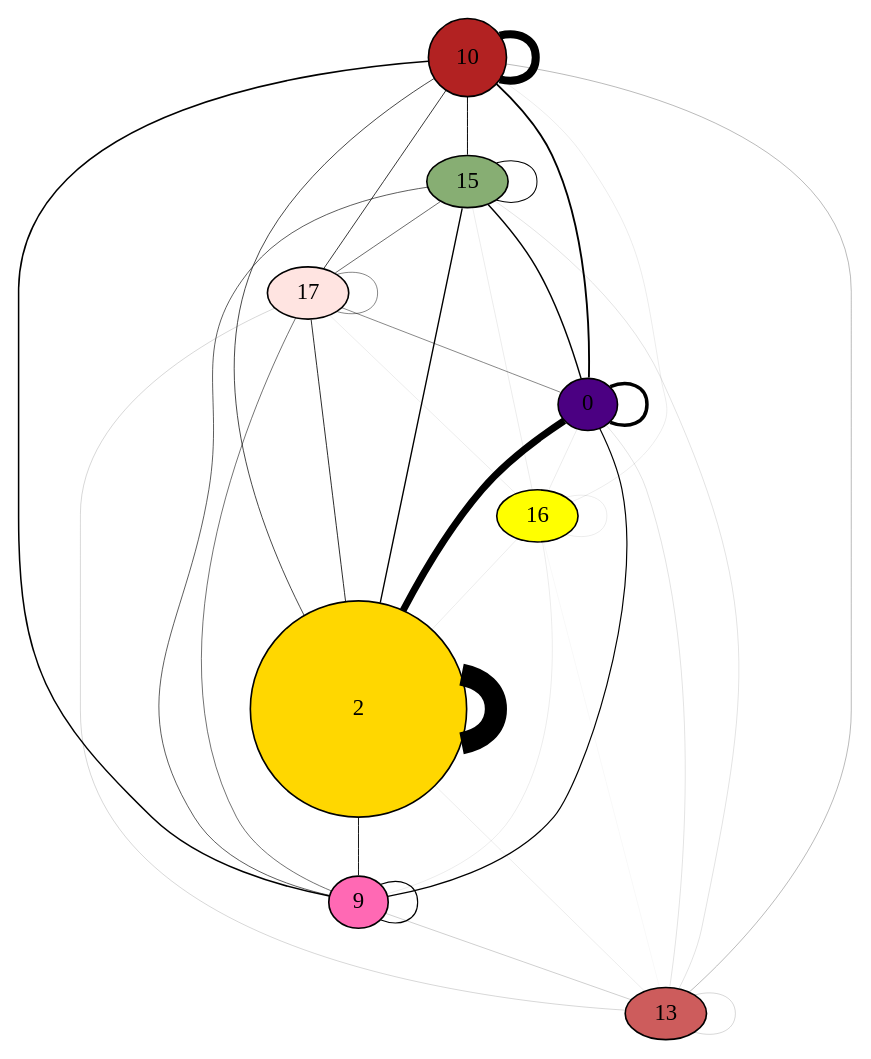
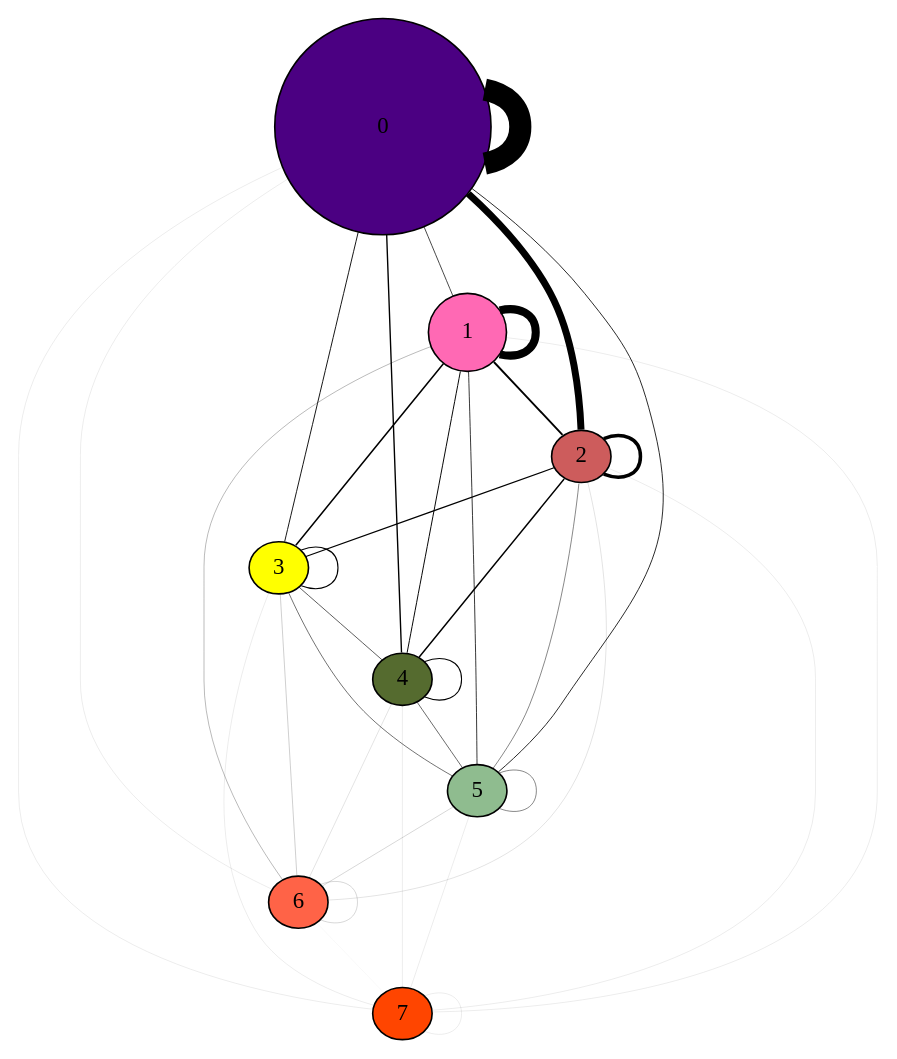
Before and after one commit to addulac/network: the diagram in img/M_g_peaks/graph.dot, drawn with Graphviz. The commit also changed 60 other files, not shown here.

```diff
--- a/img/M_g_peaks/graph.dot
+++ b/img/M_g_peaks/graph.dot
@@ -1,70 +1,70 @@
 graph  {
 	0	 [fillcolor="#4B0082",
+		height=1.8416471884,
+		style=filled,
+		width=1.8416471884];
+	0 -- 0	 [penwidth=13.6080343895];
+	1	 [fillcolor="#FF69B4",
+		height=0.661841958332,
+		style=filled,
+		width=0.661841958332];
+	0 -- 1	 [penwidth=0.435070371246];
+	2	 [fillcolor="#CD5C5C",
 		height=0.370887280998,
 		style=filled,
 		width=0.370887280998];
-	0 -- 0	 [penwidth=2.15118128005];
-	2	 [fillcolor="#FFD700",
-		height=1.8416471884,
-		style=filled,
-		width=1.8416471884];
 	0 -- 2	 [penwidth=4.27819198392];
-	9	 [fillcolor="#FF69B4",
+	3	 [fillcolor="#FFFF00",
 		height=0.121497557568,
 		style=filled,
 		width=0.121497557568];
-	0 -- 9	 [penwidth=0.72511728541];
-	16	 [fillcolor="#FFFF00",
+	0 -- 3	 [penwidth=0.555923252148];
+	4	 [fillcolor="#556B2F",
+		height=0.118300253422,
+		style=filled,
+		width=0.118300253422];
+	0 -- 4	 [penwidth=0.845970166312];
+	5	 [fillcolor="#8FBC8F",
+		height=0.0607487787841,
+		style=filled,
+		width=0.0607487787841];
+	0 -- 5	 [penwidth=0.507582099787];
+	6	 [fillcolor="#FF6347",
+		height=0.0159865207327,
+		style=filled,
+		width=0.0159865207327];
+	0 -- 6	 [penwidth=0.0483411523607];
+	7	 [fillcolor="#FF4500",
 		height=0.00639460829306,
 		style=filled,
 		width=0.00639460829306];
-	0 -- 16	 [penwidth=0.0483411523607];
-	13	 [fillcolor="#CD5C5C",
-		height=0.0159865207327,
-		style=filled,
-		width=0.0159865207327];
-	0 -- 13	 [penwidth=0.072511728541];
-	10	 [fillcolor="#B22222",
-		height=0.661841958332,
-		style=filled,
-		width=0.661841958332];
-	10 -- 0	 [penwidth=1.16018765666];
-	10 -- 10	 [penwidth=4.93079754079];
-	10 -- 2	 [penwidth=0.435070371246];
-	15	 [fillcolor="#87AE73",
-		height=0.118300253422,
-		style=filled,
-		width=0.118300253422];
-	10 -- 15	 [penwidth=0.604264404509];
-	17	 [fillcolor="#FFE4E1",
-		height=0.0607487787841,
-		style=filled,
-		width=0.0607487787841];
-	10 -- 17	 [penwidth=0.483411523607];
-	10 -- 9	 [penwidth=0.942652471034];
-	10 -- 16	 [penwidth=0.0483411523607];
-	10 -- 13	 [penwidth=0.169194033262];
-	2 -- 2	 [penwidth=13.6080343895];
-	2 -- 9	 [penwidth=0.555923252148];
-	2 -- 13	 [penwidth=0.0483411523607];
-	15 -- 0	 [penwidth=0.894311318673];
-	15 -- 2	 [penwidth=0.845970166312];
-	15 -- 15	 [penwidth=0.628434980689];
-	15 -- 17	 [penwidth=0.362558642705];
-	15 -- 9	 [penwidth=0.386729218886];
-	15 -- 16	 [penwidth=0.0483411523607];
-	15 -- 13	 [penwidth=0.072511728541];
-	17 -- 0	 [penwidth=0.290046914164];
-	17 -- 2	 [penwidth=0.507582099787];
-	17 -- 17	 [penwidth=0.290046914164];
-	17 -- 9	 [penwidth=0.338388066525];
-	17 -- 16	 [penwidth=0.0483411523607];
-	17 -- 13	 [penwidth=0.0966823047214];
-	9 -- 9	 [penwidth=0.70094670923];
-	9 -- 13	 [penwidth=0.120852880902];
-	16 -- 2	 [penwidth=0.0483411523607];
-	16 -- 9	 [penwidth=0.0483411523607];
-	16 -- 16	 [penwidth=0.0483411523607];
-	16 -- 13	 [penwidth=0.0241705761803];
-	13 -- 13	 [penwidth=0.0966823047214];
+	0 -- 7	 [penwidth=0.0483411523607];
+	1 -- 1	 [penwidth=4.93079754079];
+	1 -- 2	 [penwidth=1.16018765666];
+	1 -- 3	 [penwidth=0.942652471034];
+	1 -- 4	 [penwidth=0.604264404509];
+	1 -- 5	 [penwidth=0.483411523607];
+	1 -- 6	 [penwidth=0.169194033262];
+	1 -- 7	 [penwidth=0.0483411523607];
+	2 -- 2	 [penwidth=2.15118128005];
+	2 -- 3	 [penwidth=0.72511728541];
+	2 -- 4	 [penwidth=0.894311318673];
+	2 -- 5	 [penwidth=0.290046914164];
+	2 -- 6	 [penwidth=0.072511728541];
+	2 -- 7	 [penwidth=0.0483411523607];
+	3 -- 3	 [penwidth=0.70094670923];
+	3 -- 4	 [penwidth=0.386729218886];
+	3 -- 5	 [penwidth=0.338388066525];
+	3 -- 6	 [penwidth=0.120852880902];
+	3 -- 7	 [penwidth=0.0483411523607];
+	4 -- 4	 [penwidth=0.628434980689];
+	4 -- 5	 [penwidth=0.362558642705];
+	4 -- 6	 [penwidth=0.072511728541];
+	4 -- 7	 [penwidth=0.0483411523607];
+	5 -- 5	 [penwidth=0.290046914164];
+	5 -- 6	 [penwidth=0.0966823047214];
+	5 -- 7	 [penwidth=0.0483411523607];
+	6 -- 6	 [penwidth=0.0966823047214];
+	6 -- 7	 [penwidth=0.0241705761803];
+	7 -- 7	 [penwidth=0.0483411523607];
 }
```
